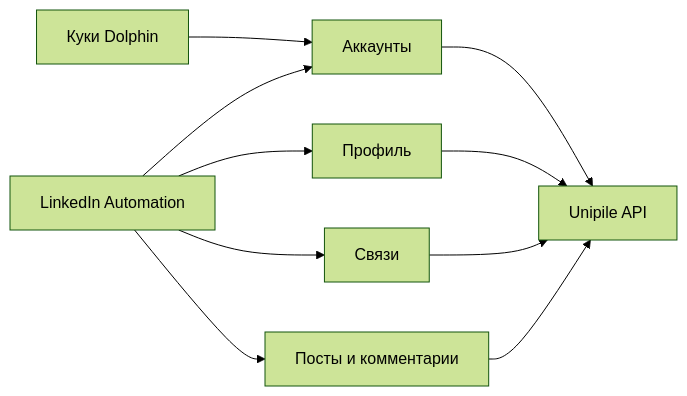
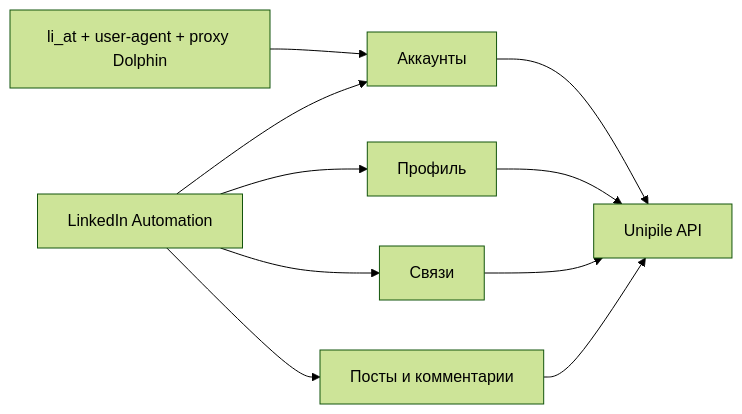
The diagram in src/integrations/unipile/ARCHITECTURE.md (Kira2K/unicorn-autoresponder), drawn with Mermaid (forest theme) before and after one commit. The commit also changed other lines of this file and 5 other files, not shown here.

Commit message:
docs(linkedin): finalize session auth architecture

````diff
--- a/src/integrations/unipile/ARCHITECTURE.md
+++ b/src/integrations/unipile/ARCHITECTURE.md
@@ -9,12 +9,12 @@
 ```mermaid
 flowchart LR
-    D["Куки Dolphin"] --> A["Аккаунты"]
+    D["li_at + user-agent + proxy Dolphin"] --> A["Аккаунты"]
     F["LinkedIn Automation"] --> A
     F --> P["Профиль"]
     F --> R["Связи"]
     F --> C["Посты и комментарии"]
     A --> U["Unipile API"]
     P --> U
     R --> U
     C --> U
 ```
````
